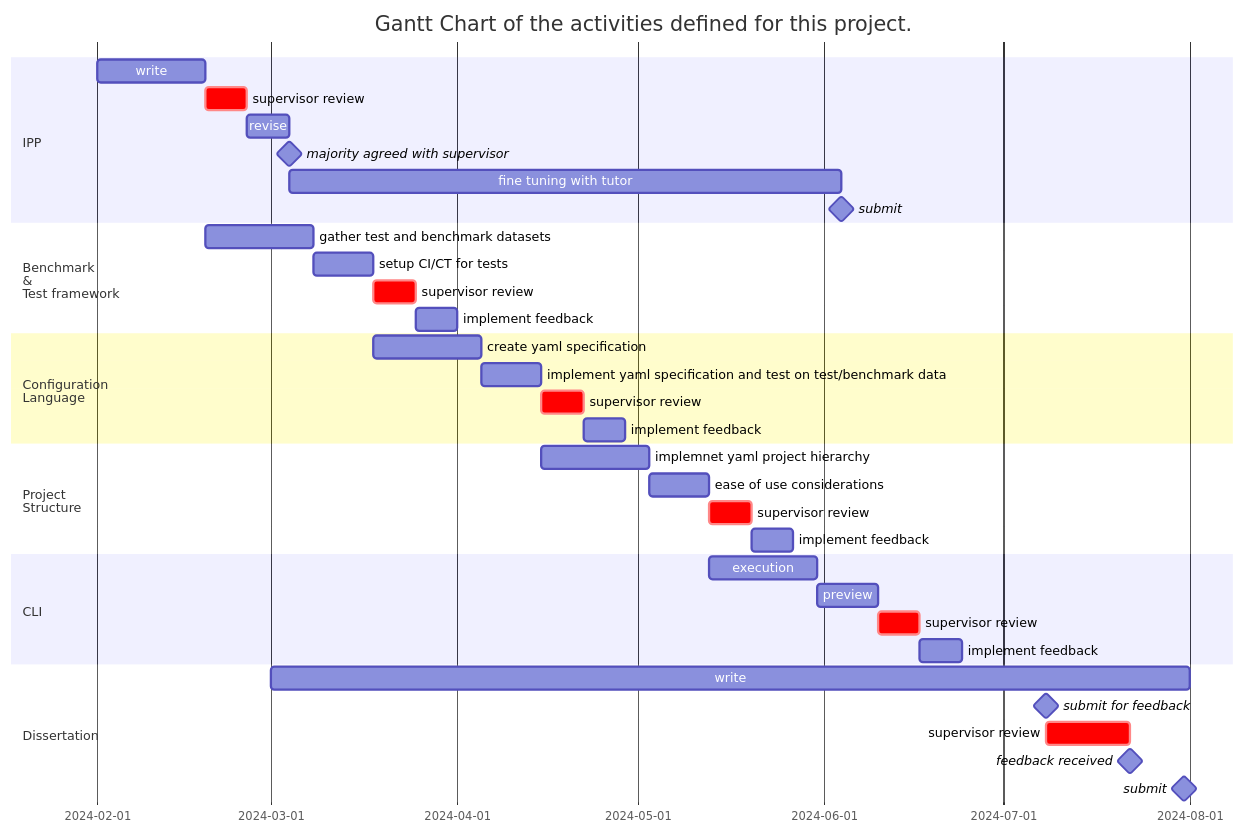
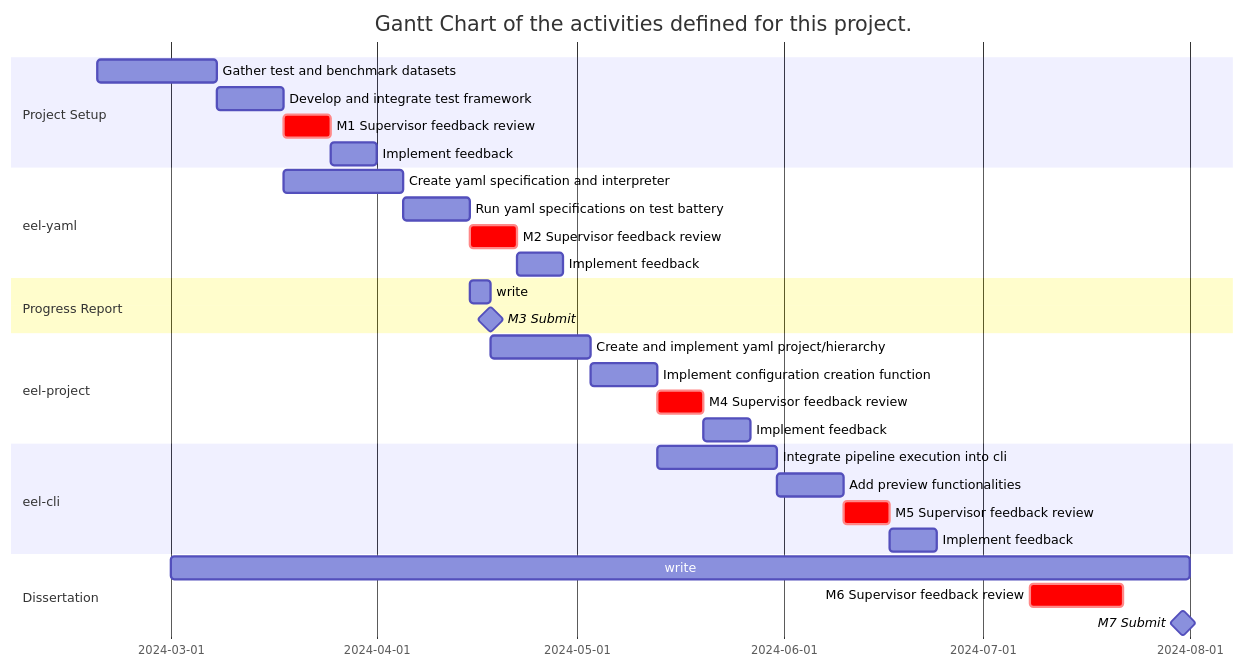
The fifth of 5 diagrams in docs/ipp/body.md (NathanDWalsh/els), drawn with Mermaid before and after one commit. The commit also changed other lines of this file and 15 other files, not shown here.

````diff
--- a/docs/ipp/body.md
+++ b/docs/ipp/body.md
@@ -261,39 +540,34 @@
 ```{.mermaid loc=img format=svg theme=neutral caption=gantt}
 ---
 title: Gantt Chart of the activities defined for this project.
 ---
 gantt
-  section IPP
-    write: 2024-02-01, 18d
-    supervisor review: crit, 1w
-    revise: 1w
-    majority agreed with supervisor  :milestone, 0d
-    fine tuning with tutor: 3M
-    submit :milestone,  0d
-  section Benchmark<br>&<br>Test framework
-    gather test and benchmark datasets: 2024-02-19, 18d
-    setup CI/CT for tests: 10d
-    supervisor review: crit, 1w
-    implement feedback: 1w
-  section Configuration<br>Language
-    create yaml specification: 2024-03-18, 18d
-    implement yaml specification and test on test/benchmark data: 10d
-    supervisor review: crit, 1w
-    implement feedback: 1w
-  section Project<br>Structure
-    implemnet yaml project hierarchy: 2024-04-15, 18d
-    ease of use considerations: 10d
-    supervisor review: crit, 1w
-    implement feedback: 1w
-  section CLI
-    execution: 2024-05-13, 18d
-    preview : 10d
-    supervisor review: crit, 1w
-    implement feedback: 1w
+  todayMarker off
+  section Project Setup
+    Gather test and benchmark datasets: 2024-02-19, 18d
+    Develop and integrate test framework: 10d
+    M1 Supervisor feedback review:  crit, 1w
+    Implement feedback: 1w
+  section eel-yaml
+    Create yaml specification and interpreter: 2024-03-18, 18d
+    Run yaml specifications on test battery: 10d
+    M2 Supervisor feedback review:  crit, 1w
+    Implement feedback: 1w
+  section Progress Report
+    write: 2024-04-15, 3d
+    M3 Submit: milestone, 0d
+  section eel-project
+    Create and implement yaml project/hierarchy: 2024-04-18, 15d
+    Implement configuration creation function: 10d
+    M4 Supervisor feedback review:  crit, 1w
+    Implement feedback: 1w
+  section eel-cli
+    Integrate pipeline execution into cli: 2024-05-13, 18d
+    Add preview functionalities: 10d
+    M5 Supervisor feedback review:  crit, 1w
+    Implement feedback: 1w
   section Dissertation
     write :2024-03-01, 5M
-    submit for feedback: milestone, 2024-07-08, 0d
-    supervisor review: crit, 2w
-    feedback received: milestone , 0d
-    submit :milestone, 2024-07-31, 0d
+    M6 Supervisor feedback review: crit,2024-07-08, 2w
+    M7 Submit :milestone, 2024-07-31, 0d
 ```
````
